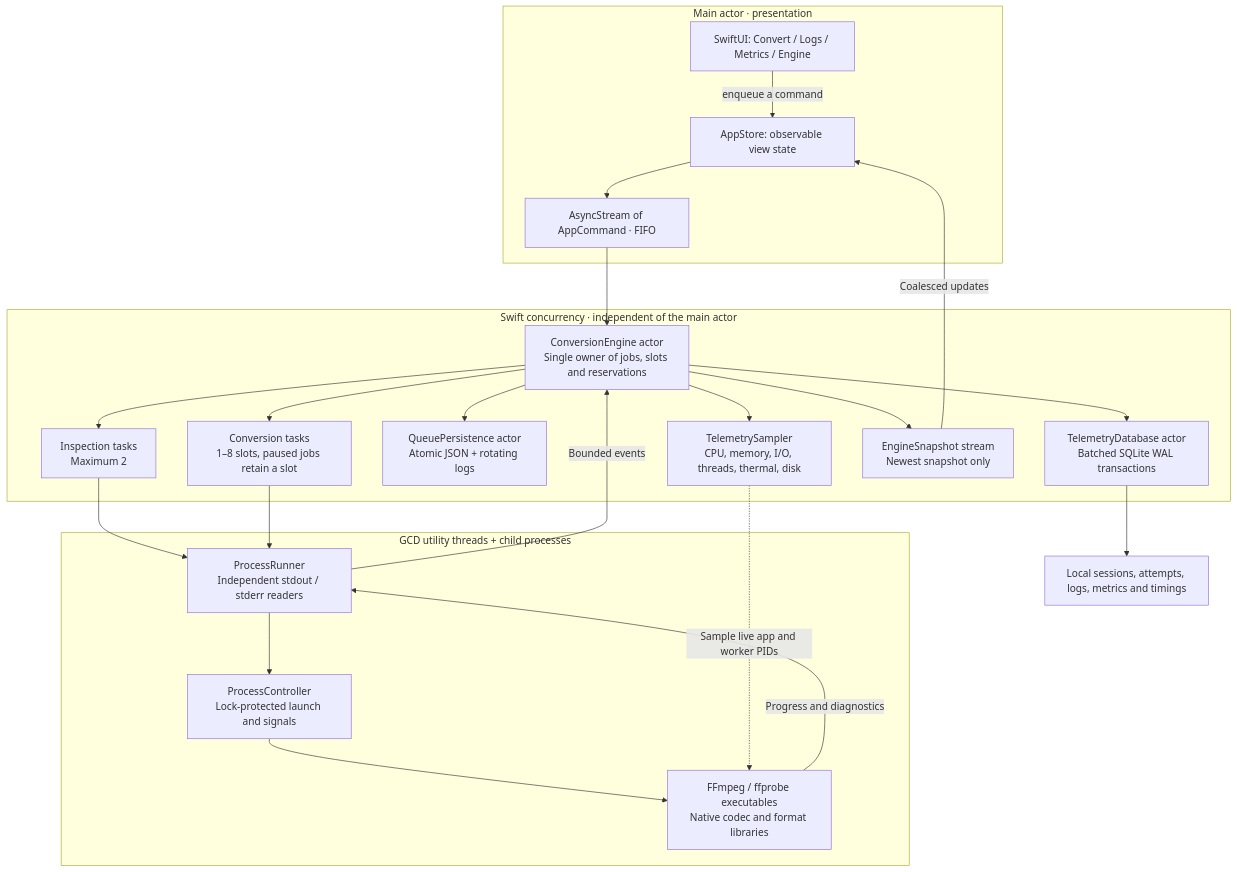
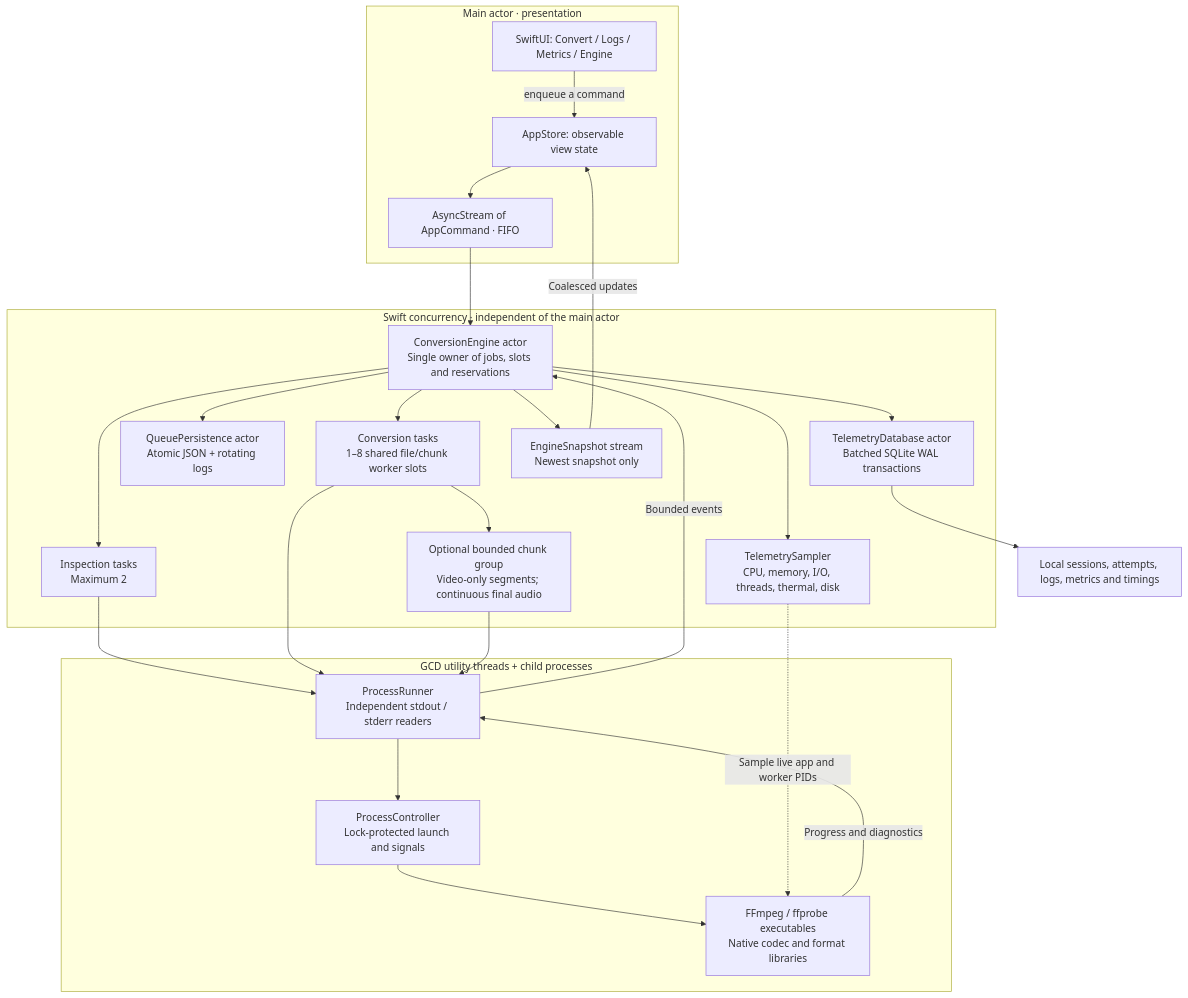
Before and after one commit to giridharmb/VideoConverter: the first of 6 diagrams in Documentation/DIAGRAMS.md, drawn with Mermaid. The commit also changed other lines of this file and 26 other files, not shown here.

Commit message:
Add optional parallel chunks for single video conversions

````diff
--- a/Documentation/DIAGRAMS.md
+++ b/Documentation/DIAGRAMS.md
@@ -7,39 +7,42 @@
 ```mermaid
 flowchart TB
     subgraph UI["Main actor · presentation"]
         Views["SwiftUI: Convert / Logs / Metrics / Engine"]
         Store["AppStore: observable view state"]
         Commands["AsyncStream of AppCommand · FIFO"]
         Views -->|"enqueue a command"| Store
         Store --> Commands
     end
     subgraph Core["Swift concurrency · independent of the main actor"]
         Engine["ConversionEngine actor\nSingle owner of jobs, slots and reservations"]
         Probe["Inspection tasks\nMaximum 2"]
-        Convert["Conversion tasks\n1–8 slots, paused jobs retain a slot"]
+        Convert["Conversion tasks\n1–8 shared file/chunk worker slots"]
+        Chunks["Optional bounded chunk group\nVideo-only segments; continuous final audio"]
         Save["QueuePersistence actor\nAtomic JSON + rotating logs"]
         SQL["TelemetryDatabase actor\nBatched SQLite WAL transactions"]
         Telemetry["TelemetrySampler\nCPU, memory, I/O, threads, thermal, disk"]
         Snapshots["EngineSnapshot stream\nNewest snapshot only"]
         Engine --> Probe
         Engine --> Convert
+        Convert --> Chunks
         Engine --> Save
         Engine --> SQL
         Engine --> Telemetry
         Engine --> Snapshots
     end
     subgraph Workers["GCD utility threads + child processes"]
         Runner["ProcessRunner\nIndependent stdout / stderr readers"]
         Controller["ProcessController\nLock-protected launch and signals"]
         FFmpeg["FFmpeg / ffprobe executables\nNative codec and format libraries"]
         Runner --> Controller --> FFmpeg
     end
     Commands --> Engine
     Probe --> Runner
     Convert --> Runner
+    Chunks --> Runner
     FFmpeg -->|"Progress and diagnostics"| Runner
     Runner -->|"Bounded events"| Engine
     Snapshots -->|"Coalesced updates"| Store
     SQL --> History["Local sessions, attempts, logs, metrics and timings"]
     Telemetry -.->|"Sample live app and worker PIDs"| FFmpeg
 ```
````
